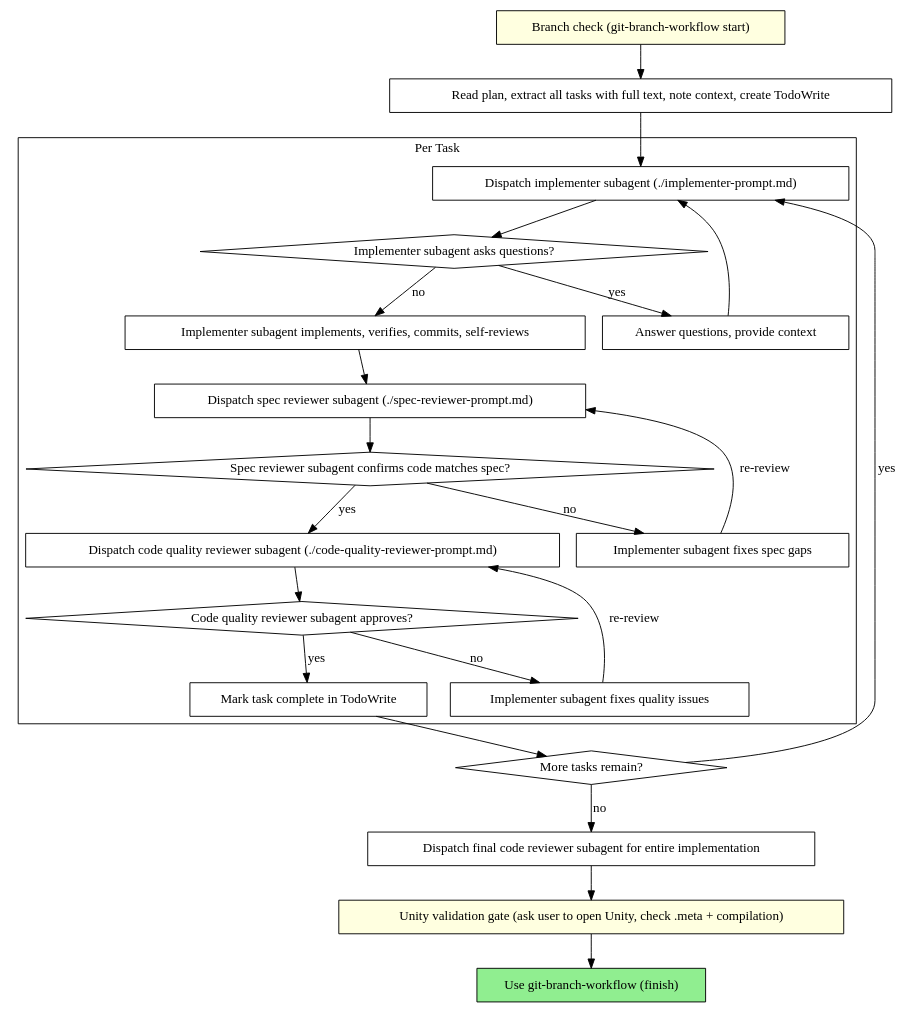
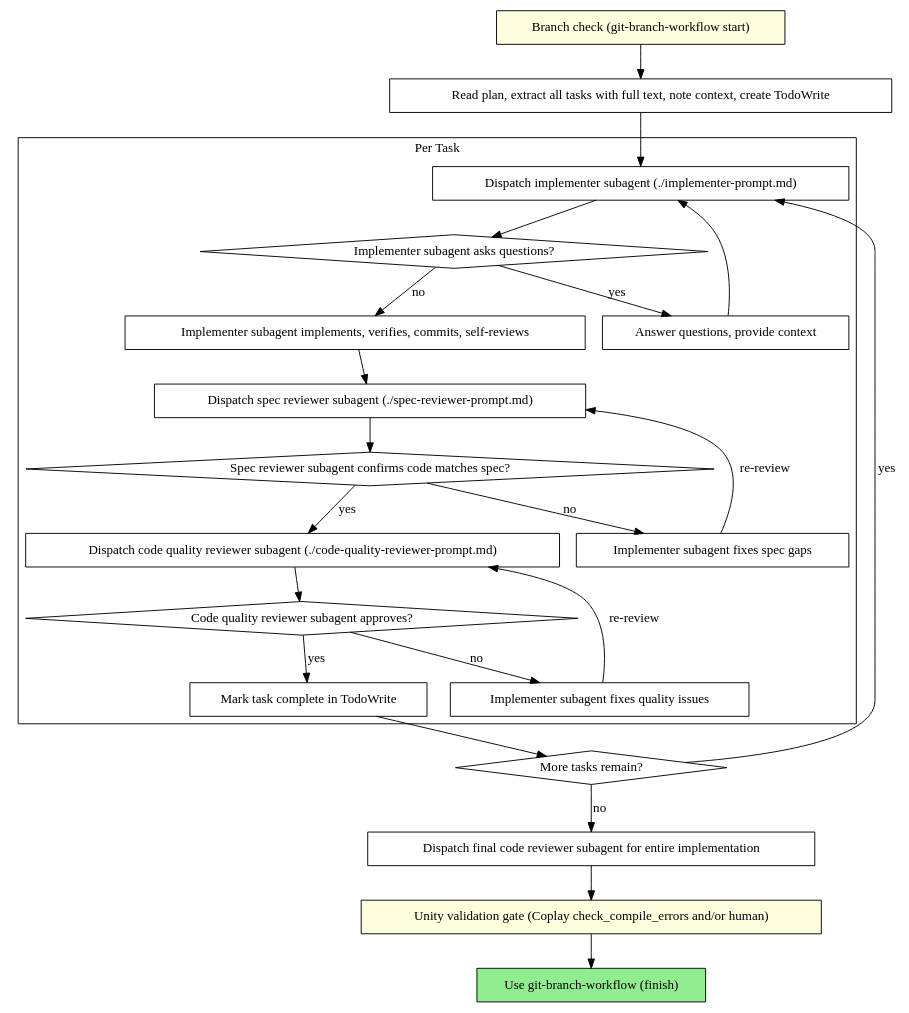
One commit to antoinecolin-voodoo/colinpowers changed the second of 2 diagrams in skills/subagent-development/SKILL.md. Above: the diagram before and after it, drawn with Graphviz. The commit also changed other lines of this file and 3 other files, not shown here.

First line of the commit message:
docs(skills): Unity gate via Coplay check_compile_errors with human fallback

````diff
--- a/skills/subagent-development/SKILL.md
+++ b/skills/subagent-development/SKILL.md
@@ -42,48 +42,48 @@
 ```dot
 digraph process {
     rankdir=TB;
 
     subgraph cluster_per_task {
         label="Per Task";
         "Dispatch implementer subagent (./implementer-prompt.md)" [shape=box];
         "Implementer subagent asks questions?" [shape=diamond];
         "Answer questions, provide context" [shape=box];
         "Implementer subagent implements, verifies, commits, self-reviews" [shape=box];
         "Dispatch spec reviewer subagent (./spec-reviewer-prompt.md)" [shape=box];
         "Spec reviewer subagent confirms code matches spec?" [shape=diamond];
         "Implementer subagent fixes spec gaps" [shape=box];
         "Dispatch code quality reviewer subagent (./code-quality-reviewer-prompt.md)" [shape=box];
         "Code quality reviewer subagent approves?" [shape=diamond];
         "Implementer subagent fixes quality issues" [shape=box];
         "Mark task complete in TodoWrite" [shape=box];
     }
 
     "Branch check (git-branch-workflow start)" [shape=box style=filled fillcolor=lightyellow];
     "Read plan, extract all tasks with full text, note context, create TodoWrite" [shape=box];
     "More tasks remain?" [shape=diamond];
     "Dispatch final code reviewer subagent for entire implementation" [shape=box];
     "Use git-branch-workflow (finish)" [shape=box style=filled fillcolor=lightgreen];
 
     "Branch check (git-branch-workflow start)" -> "Read plan, extract all tasks with full text, note context, create TodoWrite";
     "Read plan, extract all tasks with full text, note context, create TodoWrite" -> "Dispatch implementer subagent (./implementer-prompt.md)";
     "Dispatch implementer subagent (./implementer-prompt.md)" -> "Implementer subagent asks questions?";
     "Implementer subagent asks questions?" -> "Answer questions, provide context" [label="yes"];
     "Answer questions, provide context" -> "Dispatch implementer subagent (./implementer-prompt.md)";
     "Implementer subagent asks questions?" -> "Implementer subagent implements, verifies, commits, self-reviews" [label="no"];
     "Implementer subagent implements, verifies, commits, self-reviews" -> "Dispatch spec reviewer subagent (./spec-reviewer-prompt.md)";
     "Dispatch spec reviewer subagent (./spec-reviewer-prompt.md)" -> "Spec reviewer subagent confirms code matches spec?";
     "Spec reviewer subagent confirms code matches spec?" -> "Implementer subagent fixes spec gaps" [label="no"];
     "Implementer subagent fixes spec gaps" -> "Dispatch spec reviewer subagent (./spec-reviewer-prompt.md)" [label="re-review"];
     "Spec reviewer subagent confirms code matches spec?" -> "Dispatch code quality reviewer subagent (./code-quality-reviewer-prompt.md)" [label="yes"];
     "Dispatch code quality reviewer subagent (./code-quality-reviewer-prompt.md)" -> "Code quality reviewer subagent approves?";
     "Code quality reviewer subagent approves?" -> "Implementer subagent fixes quality issues" [label="no"];
     "Implementer subagent fixes quality issues" -> "Dispatch code quality reviewer subagent (./code-quality-reviewer-prompt.md)" [label="re-review"];
     "Code quality reviewer subagent approves?" -> "Mark task complete in TodoWrite" [label="yes"];
     "Mark task complete in TodoWrite" -> "More tasks remain?";
     "More tasks remain?" -> "Dispatch implementer subagent (./implementer-prompt.md)" [label="yes"];
     "More tasks remain?" -> "Dispatch final code reviewer subagent for entire implementation" [label="no"];
-    "Unity validation gate (ask user to open Unity, check .meta + compilation)" [shape=box style=filled fillcolor=lightyellow];
-    "Dispatch final code reviewer subagent for entire implementation" -> "Unity validation gate (ask user to open Unity, check .meta + compilation)";
-    "Unity validation gate (ask user to open Unity, check .meta + compilation)" -> "Use git-branch-workflow (finish)";
+    "Unity validation gate (Coplay check_compile_errors and/or human)" [shape=box style=filled fillcolor=lightyellow];
+    "Dispatch final code reviewer subagent for entire implementation" -> "Unity validation gate (Coplay check_compile_errors and/or human)";
+    "Unity validation gate (Coplay check_compile_errors and/or human)" -> "Use git-branch-workflow (finish)";
 }
 ```
````
